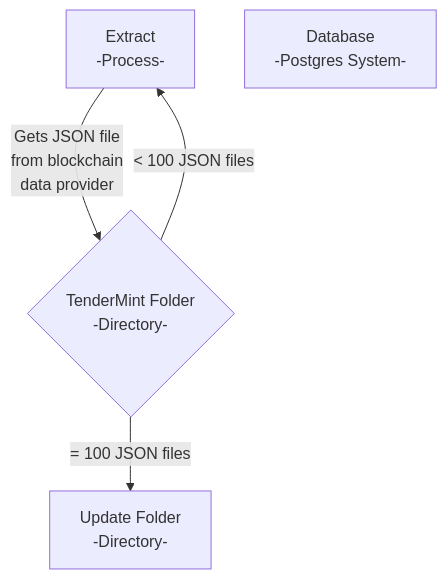
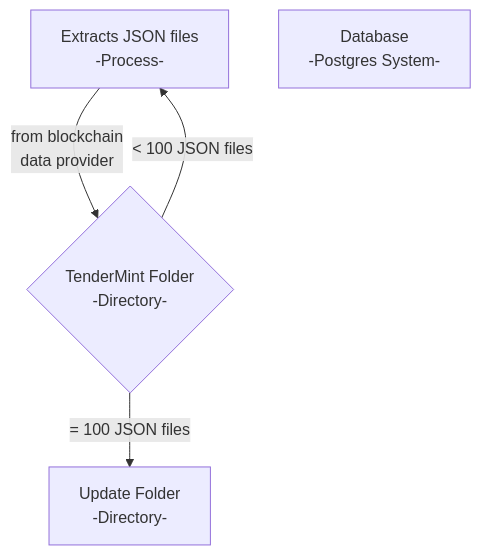
One commit to patmcfarland/one changed the diagram in README.md. Above: the diagram before and after it, drawn with Mermaid.

````diff
--- a/README.md
+++ b/README.md
@@ -1,9 +1,9 @@
 ```mermaid
 flowchart TD
-A[Extract<br>-Process-]
-A -- Gets JSON file<br>from blockchain<br>data provider --> B
+A[Extracts JSON files<br>-Process-]
+A -- from blockchain<br>data provider --> B
 B{TenderMint Folder<br>-Directory-}
 B -- = 100 JSON files --> C[Update Folder<br>-Directory-]
 B -- < 100 JSON files --> A
 D[Database<br>-Postgres System-]
 ```
````
